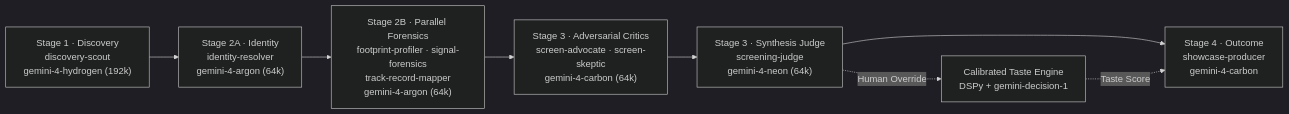
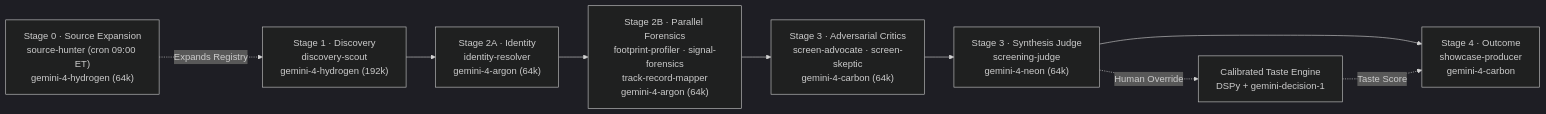
The diagram in agents/README.md (jontumalle/simon), drawn with Mermaid (dark theme) before and after one commit. The commit also changed other lines of this file and 3 other files, not shown here.

Commit message:
docs(pm): log Source Hunter cron trigger, 42-source seed, and American Idol cascade

````diff
--- a/agents/README.md
+++ b/agents/README.md
@@ -44,14 +44,16 @@
 ```mermaid
 flowchart LR
+    S0["Stage 0 · Source Expansion\nsource-hunter (cron 09:00 ET)\ngemini-4-hydrogen (64k)"]
     S1["Stage 1 · Discovery\ndiscovery-scout\ngemini-4-hydrogen (192k)"]
     S2A["Stage 2A · Identity\nidentity-resolver\ngemini-4-argon (64k)"]
     S2B["Stage 2B · Parallel Forensics\nfootprint-profiler · signal-forensics\ntrack-record-mapper\ngemini-4-argon (64k)"]
     S3C["Stage 3 · Adversarial Critics\nscreen-advocate · screen-skeptic\ngemini-4-carbon (64k)"]
     S3J["Stage 3 · Synthesis Judge\nscreening-judge\ngemini-4-neon (64k)"]
     S3T["Calibrated Taste Engine\nDSPy + gemini-decision-1"]
     S4["Stage 4 · Outcome\nshowcase-producer\ngemini-4-carbon"]
 
+    S0 -. "Expands Registry" .-> S1
     S1 --> S2A --> S2B --> S3C --> S3J --> S4
     S3J -. "Human Override" .-> S3T
     S3T -. "Taste Score" .-> S4
 ```
````
